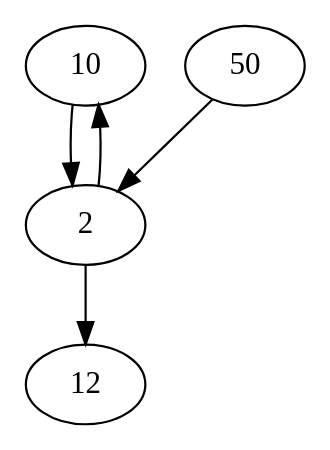
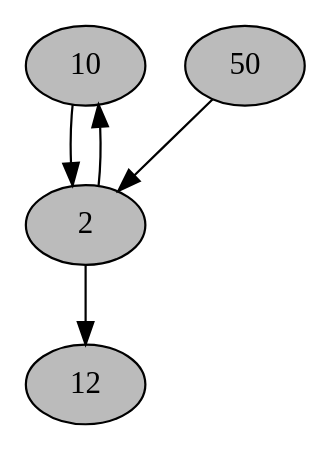
One commit to BecksFedeUniPr/LabAlgoritmiUnipr_Consegne changed the diagram in 3_Consegna/graph.dot. Above: the diagram before and after it, drawn with Graphviz. The commit also changed 7 other files, not shown here.

```diff
--- a/3_Consegna/graph.dot
+++ b/3_Consegna/graph.dot
@@ -1,20 +1,24 @@
 digraph g
 { 
 10
 [ shape = oval; 
+fillcolor = "#bbbbbb"; style=filled; 
 ];
 10 -> 2;
 2
 [ shape = oval; 
+fillcolor = "#bbbbbb"; style=filled; 
 ];
 2 -> 10;
 2 -> 12;
 12
 [ shape = oval; 
+fillcolor = "#bbbbbb"; style=filled; 
 ];
 50
 [ shape = oval; 
+fillcolor = "#bbbbbb"; style=filled; 
 ];
 50 -> 2;
 
 }
```
